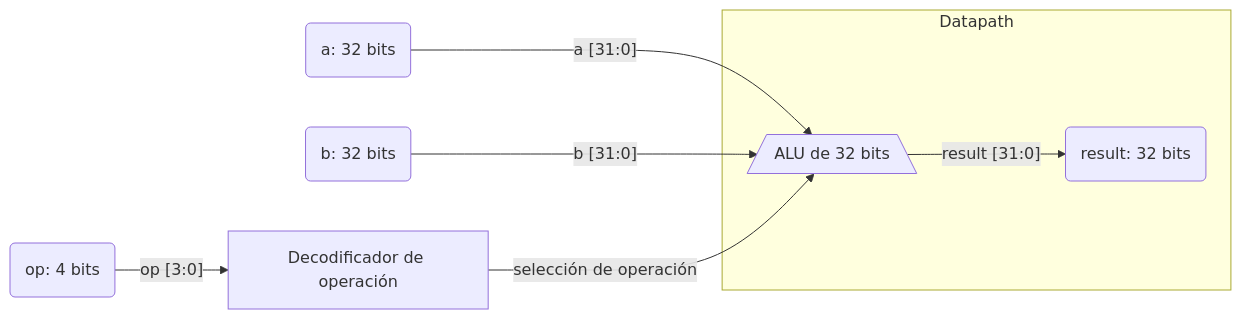
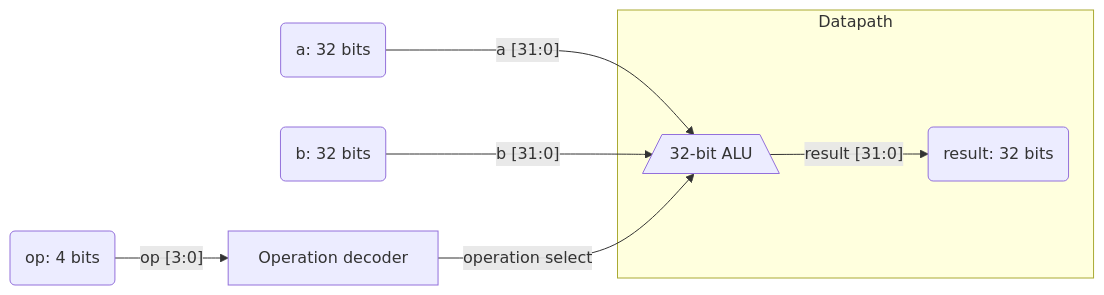
The diagram in README.md (dmz4/32bit-alu-synth), drawn with Mermaid before and after one commit. The commit also changed other lines of this file, not shown here.

````diff
--- a/README.md
+++ b/README.md
@@ -9,12 +9,12 @@
 ```mermaid
 flowchart LR
     A(a: 32 bits) -->|"a [31:0]"| ALU
     B(b: 32 bits) -->|"b [31:0]"| ALU
-    OP(op: 4 bits) -->|"op [3:0]"| DEC[Decodificador de operación]
-    DEC -->|selección de operación| ALU
+    OP(op: 4 bits) -->|"op [3:0]"| DEC[Operation decoder]
+    DEC -->|operation select| ALU
 
     subgraph DATAPATH[Datapath]
-        ALU[/ ALU de 32 bits \]
+        ALU[/ 32-bit ALU \]
         ALU -->|"result [31:0]"| R(result: 32 bits)
     end
 ```
````
